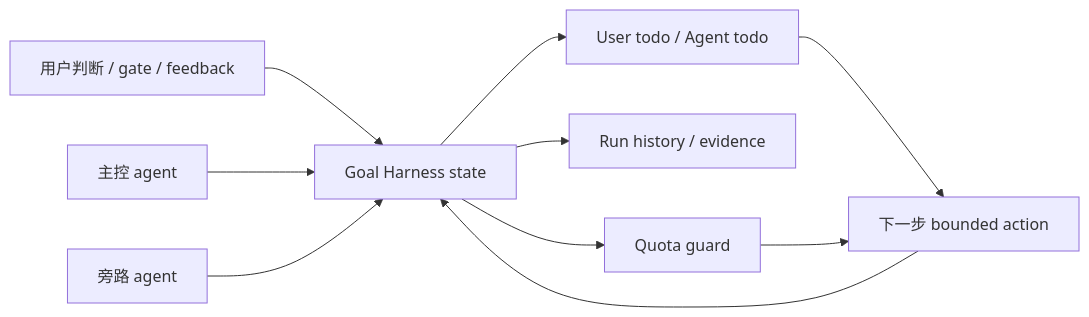
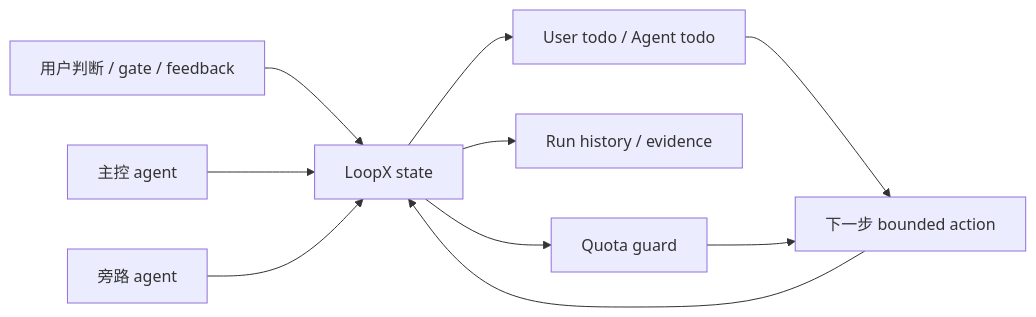
The diagram in README.zh-CN.md (huangruiteng/goal-harness), drawn with Mermaid before and after one commit. The commit also changed other lines of this file and 641 other files, not shown here.

````diff
--- a/README.zh-CN.md
+++ b/README.zh-CN.md
@@ -58,12 +58,12 @@
 ```mermaid
 flowchart LR
-  U["用户判断 / gate / feedback"] --> GH["Goal Harness state"]
+  U["用户判断 / gate / feedback"] --> GH["LoopX state"]
   P["主控 agent"] --> GH
   S["旁路 agent"] --> GH
   GH --> T["User todo / Agent todo"]
   GH --> H["Run history / evidence"]
   GH --> Q["Quota guard"]
   T --> A["下一步 bounded action"]
   Q --> A
   A --> GH
 ```
````
